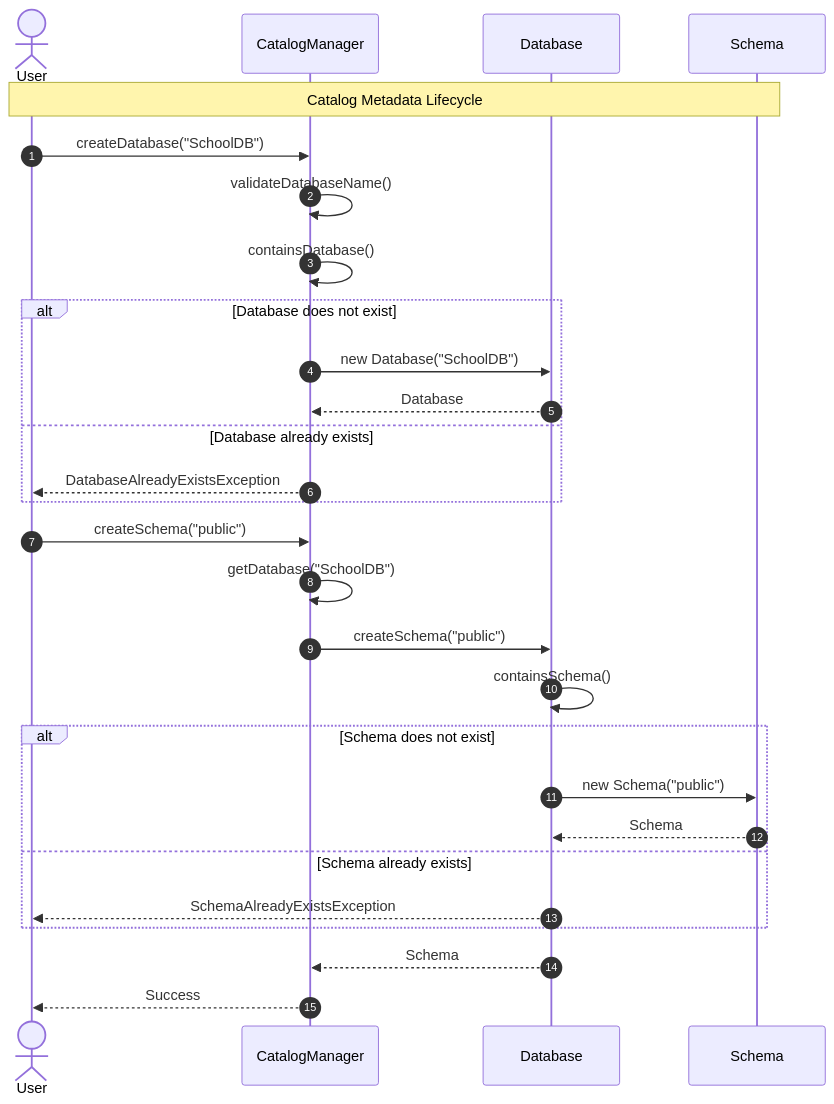
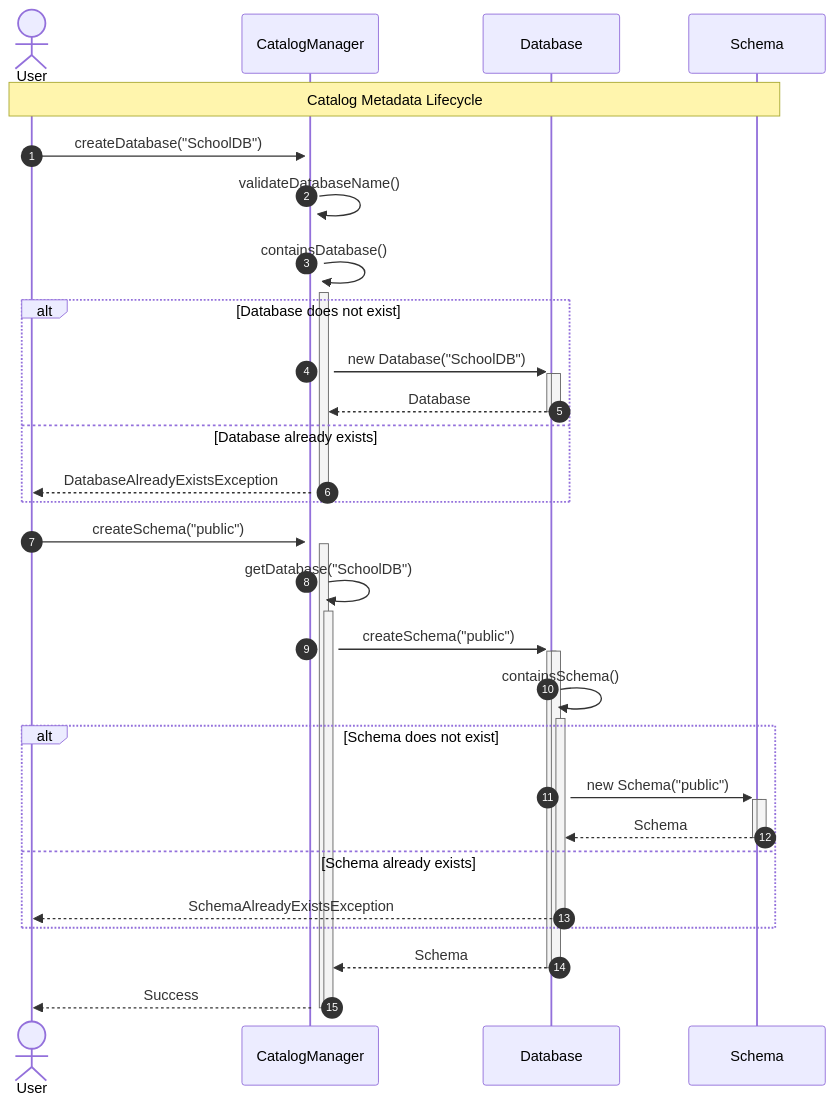
Before and after one commit to Dikhang1112/Database_Management_BBV: the diagram in docs/sequece_diagram/metadata/detail/Catalog.md, drawn with Mermaid. The commit also changed 12 other files, not shown here.

Commit message:
Refactor sequece diagram

````diff
--- a/docs/sequece_diagram/metadata/detail/Catalog.md
+++ b/docs/sequece_diagram/metadata/detail/Catalog.md
@@ -1,40 +1,48 @@
 ```mermaid
 sequenceDiagram
     autonumber
 
     actor User
     participant CatalogManager
     participant Database
     participant Schema
 
     Note over User,Schema: Catalog Metadata Lifecycle
 
-    User->>CatalogManager: createDatabase("SchoolDB")
+    User->>+CatalogManager: createDatabase("SchoolDB")
+    activate CatalogManager
 
-    CatalogManager->>CatalogManager: validateDatabaseName()
-    CatalogManager->>CatalogManager: containsDatabase()
+    CatalogManager->>+CatalogManager: validateDatabaseName()
+    CatalogManager->>+CatalogManager: containsDatabase()
 
     alt Database does not exist
-        CatalogManager->>Database: new Database("SchoolDB")
-        Database-->>CatalogManager: Database
+        CatalogManager->>+Database: new Database("SchoolDB")
+        activate Database
+        Database-->>-CatalogManager: Database
+        deactivate Database
     else Database already exists
-        CatalogManager-->>User: DatabaseAlreadyExistsException
+        CatalogManager-->>-User: DatabaseAlreadyExistsException
     end
 
-    User->>CatalogManager: createSchema("public")
+    User->>+CatalogManager: createSchema("public")
 
-    CatalogManager->>CatalogManager: getDatabase("SchoolDB")
-    CatalogManager->>Database: createSchema("public")
+    CatalogManager->>+CatalogManager: getDatabase("SchoolDB")
+    CatalogManager->>+Database: createSchema("public")
+    activate Database
 
-    Database->>Database: containsSchema()
+    Database->>+Database: containsSchema()
 
     alt Schema does not exist
-        Database->>Schema: new Schema("public")
-        Schema-->>Database: Schema
+        Database->>+Schema: new Schema("public")
+        activate Schema
+        Schema-->>-Database: Schema
+        deactivate Schema
     else Schema already exists
-        Database-->>User: SchemaAlreadyExistsException
+        Database-->>-User: SchemaAlreadyExistsException
     end
 
-    Database-->>CatalogManager: Schema
-    CatalogManager-->>User: Success
+    Database-->>-CatalogManager: Schema
+    deactivate Database
+    CatalogManager-->>-User: Success
+    deactivate CatalogManager
 ```
````
